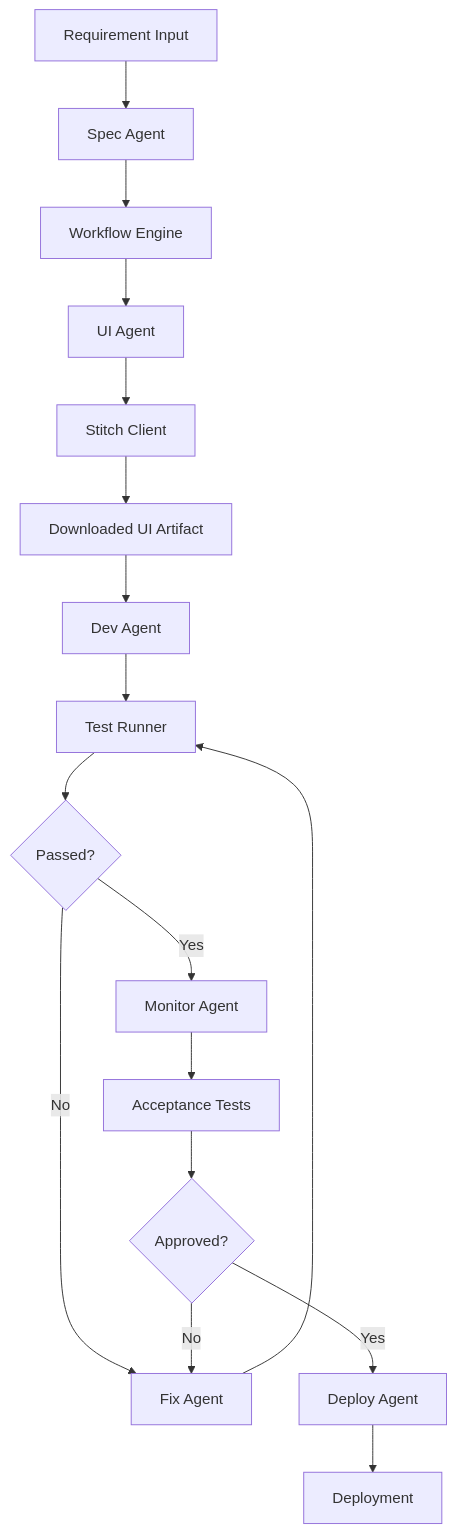
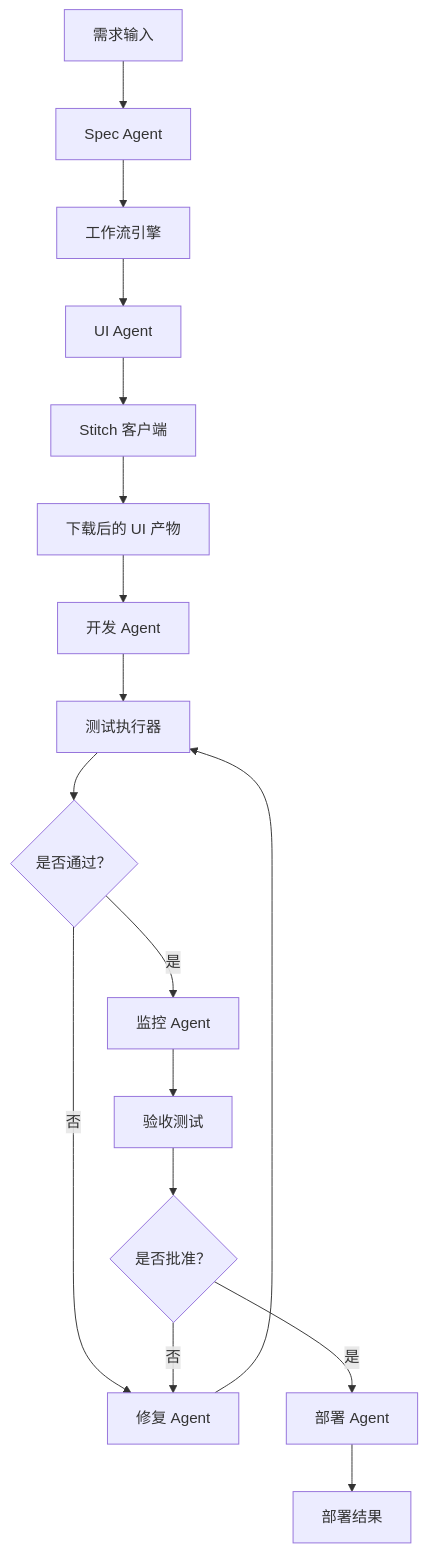
The diagram in docs/architecture.md (HaoWinchester/UI-SE), drawn with Mermaid before and after one commit. The commit also changed other lines of this file, not shown here.

````diff
--- a/docs/architecture.md
+++ b/docs/architecture.md
@@ -79,19 +79,19 @@
 ```mermaid
 flowchart TD
-  A["Requirement Input"] --> B["Spec Agent"]
-  B --> C["Workflow Engine"]
+  A["需求输入"] --> B["Spec Agent"]
+  B --> C["工作流引擎"]
   C --> D["UI Agent"]
-  D --> E["Stitch Client"]
-  E --> F["Downloaded UI Artifact"]
-  F --> G["Dev Agent"]
-  G --> H["Test Runner"]
-  H --> I{"Passed?"}
-  I -- "No" --> J["Fix Agent"]
+  D --> E["Stitch 客户端"]
+  E --> F["下载后的 UI 产物"]
+  F --> G["开发 Agent"]
+  G --> H["测试执行器"]
+  H --> I{"是否通过？"}
+  I -- "否" --> J["修复 Agent"]
   J --> H
-  I -- "Yes" --> K["Monitor Agent"]
-  K --> L["Acceptance Tests"]
-  L --> M{"Approved?"}
-  M -- "No" --> J
-  M -- "Yes" --> N["Deploy Agent"]
-  N --> O["Deployment"]
+  I -- "是" --> K["监控 Agent"]
+  K --> L["验收测试"]
+  L --> M{"是否批准？"}
+  M -- "否" --> J
+  M -- "是" --> N["部署 Agent"]
+  N --> O["部署结果"]
 ```
````
